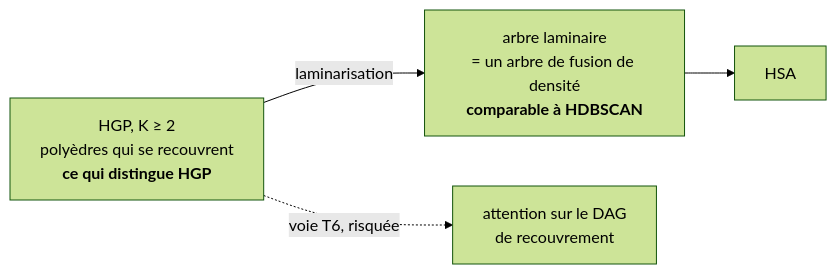
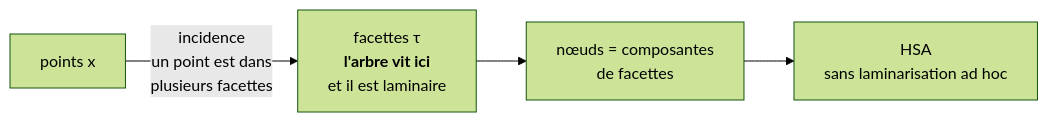
The third of 3 diagrams in tests/SemanticKITTI/Zoltan/HierarchicalSelfAttention/GUIDE.md (Ludwig-H/E-HGP), drawn with Mermaid (forest theme) before and after one commit. The commit also changed other lines of this file and 9 other files, not shown here.

````diff
--- a/tests/SemanticKITTI/Zoltan/HierarchicalSelfAttention/GUIDE.md
+++ b/tests/SemanticKITTI/Zoltan/HierarchicalSelfAttention/GUIDE.md
@@ -260,6 +262,6 @@
 ```mermaid
 graph LR
-  A["HGP, K ≥ 2<br/>polyèdres qui se recouvrent<br/><b>ce qui distingue HGP</b>"] -->|laminarisation| B["arbre laminaire<br/>= un arbre de fusion de densité<br/><b>comparable à HDBSCAN</b>"]
-  B --> C["HSA"]
-  A -.->|"voie T6, risquée"| D["attention sur le DAG<br/>de recouvrement"]
+  P["points x"] -->|"incidence<br/>un point est dans<br/>plusieurs facettes"| F["facettes τ<br/><b>l'arbre vit ici</b><br/>et il est laminaire"]
+  F --> N["nœuds = composantes<br/>de facettes"]
+  N --> H["HSA<br/>sans laminarisation ad hoc"]
 ```
````
